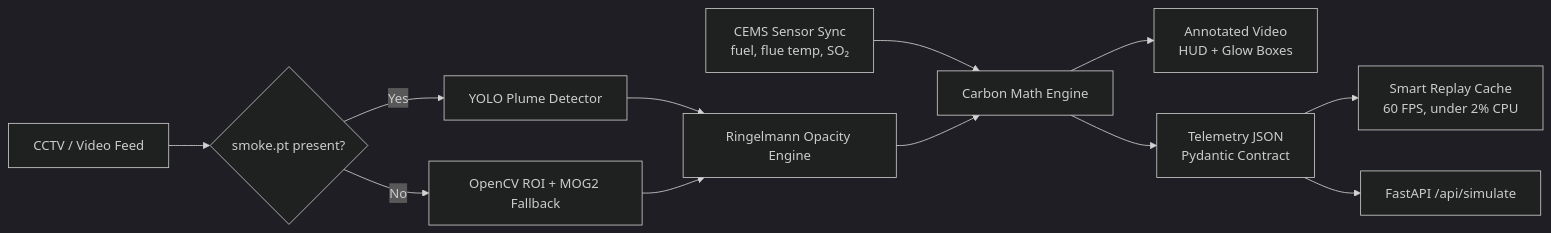
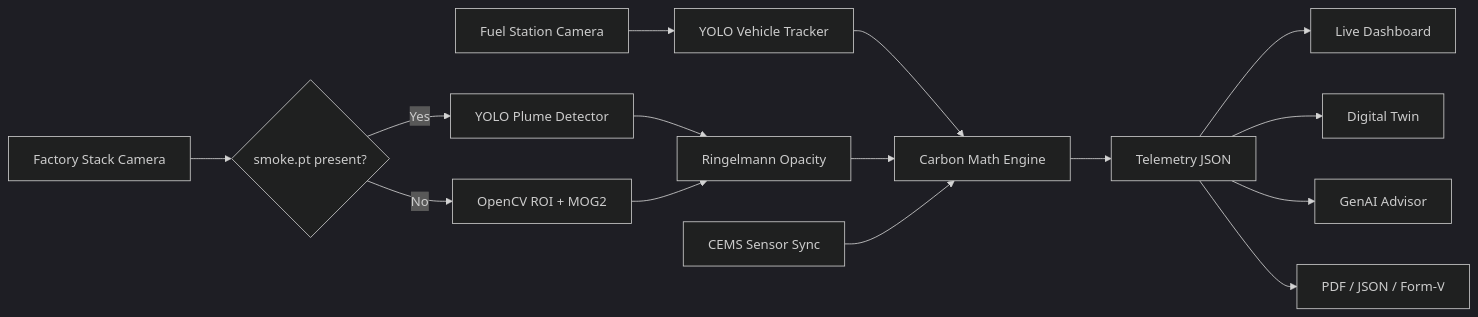
Before and after one commit to dhanushcs32-pixel/EmissionX: the diagram in README.md, drawn with Mermaid (dark theme). The commit also changed other lines of this file, not shown here.

````diff
--- a/README.md
+++ b/README.md
@@ -75,14 +132,17 @@
 ```mermaid
 flowchart LR
-    A[CCTV / Video Feed] --> B{smoke.pt present?}
-    B -- Yes --> C[YOLO Plume Detector]
-    B -- No --> D[OpenCV ROI + MOG2 Fallback]
-    C --> E[Ringelmann Opacity Engine]
-    D --> E
-    F[CEMS Sensor Sync<br/>fuel, flue temp, SO₂] --> G
-    E --> G[Carbon Math Engine]
-    G --> H[Annotated Video<br/>HUD + Glow Boxes]
-    G --> I[Telemetry JSON<br/>Pydantic Contract]
-    I --> J[Smart Replay Cache<br/>60 FPS, under 2% CPU]
-    I --> K[FastAPI /api/simulate]
+    A[Fuel Station Camera] --> C[YOLO Vehicle Tracker]
+    B[Factory Stack Camera] --> D{smoke.pt present?}
+    D -- Yes --> E[YOLO Plume Detector]
+    D -- No --> F[OpenCV ROI + MOG2]
+    E --> G[Ringelmann Opacity]
+    F --> G
+    C --> H[Carbon Math Engine]
+    G --> H
+    S[CEMS Sensor Sync] --> H
+    H --> I[Telemetry JSON]
+    I --> J[Live Dashboard]
+    I --> K[Digital Twin]
+    I --> L[GenAI Advisor]
+    I --> M[PDF / JSON / Form-V]
 ```
````
